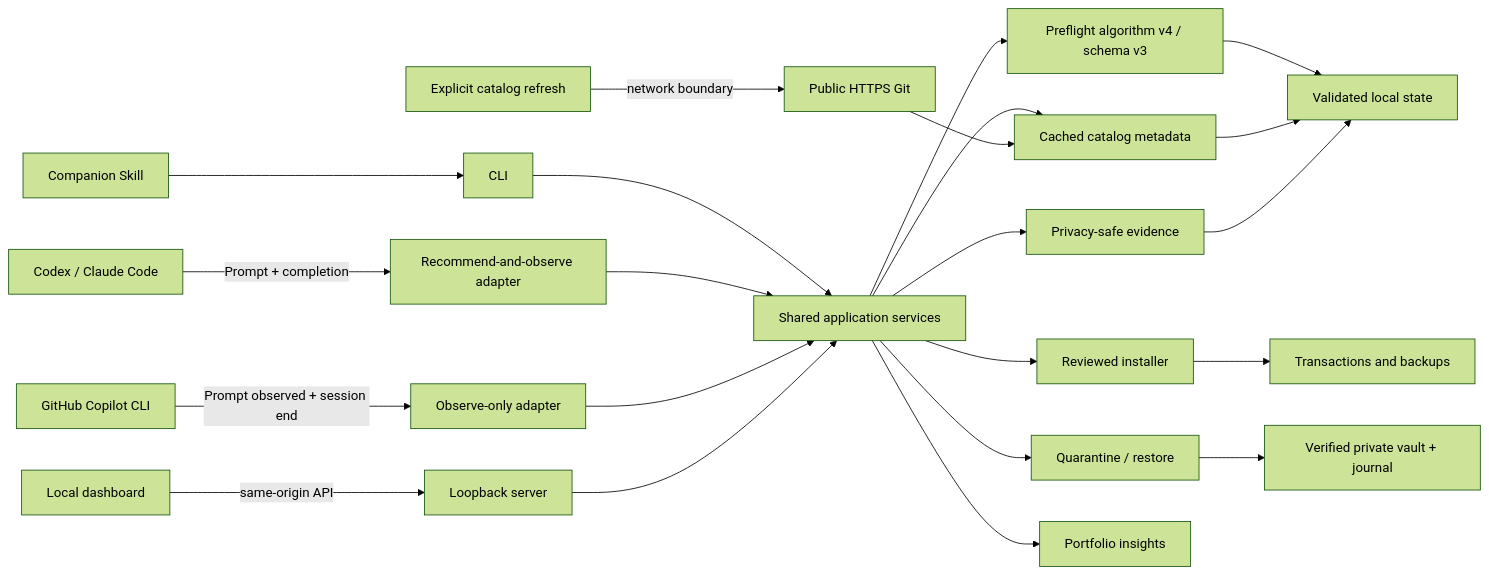
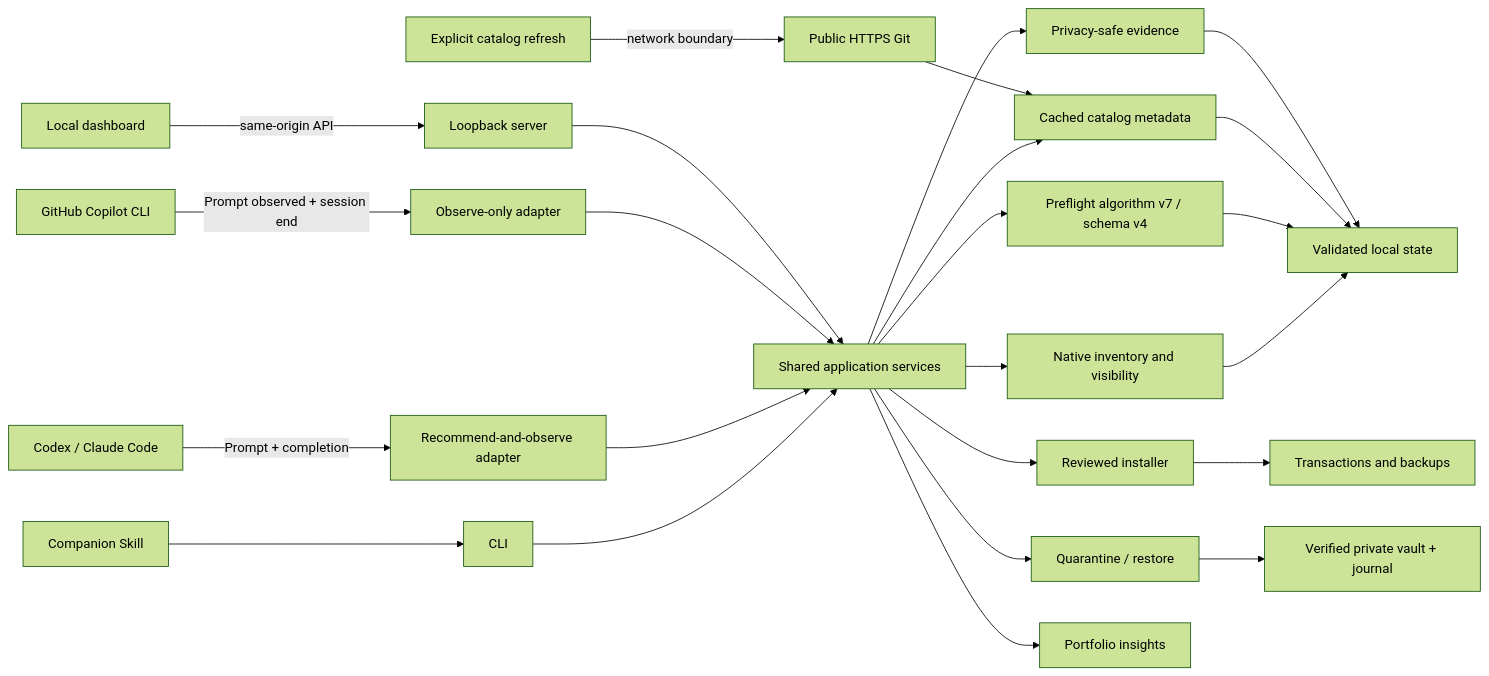
The diagram in docs/architecture.md (CongBao/skill-steward), drawn with Mermaid (forest theme) before and after one commit. The commit also changed other lines of this file and 156 other files, not shown here.

First line of the commit message:
feat: ship native Harness inventory visibility (#4)

````diff
--- a/docs/architecture.md
+++ b/docs/architecture.md
@@ -5,24 +5,26 @@
 ```mermaid
 flowchart LR
   Harness[Codex / Claude Code] -->|Prompt + completion| Hook[Recommend-and-observe adapter]
   Copilot[GitHub Copilot CLI] -->|Prompt observed + session end| Observe[Observe-only adapter]
   Companion[Companion Skill] --> CLI[CLI]
   Browser[Local dashboard] -->|same-origin API| Server[Loopback server]
   CLI --> Services[Shared application services]
   Hook --> Services
   Observe --> Services
   Server --> Services
-  Services --> Preflight[Preflight algorithm v4 / schema v3]
+  Services --> Inventory[Native inventory and visibility]
+  Services --> Preflight[Preflight algorithm v7 / schema v4]
   Services --> Catalog[Cached catalog metadata]
   Services --> Installer[Reviewed installer]
   Services --> Evidence[Privacy-safe evidence]
   Services --> Governance[Quarantine / restore]
   Services --> Insights[Portfolio insights]
+  Inventory --> Store
   Preflight --> Store[Validated local state]
   Catalog --> Store
   Installer --> Journal[Transactions and backups]
   Evidence --> Store
   Governance --> Vault[Verified private vault + journal]
   Refresh[Explicit catalog refresh] -->|network boundary| PublicGit[Public HTTPS Git]
   PublicGit --> Catalog
 ```
````
